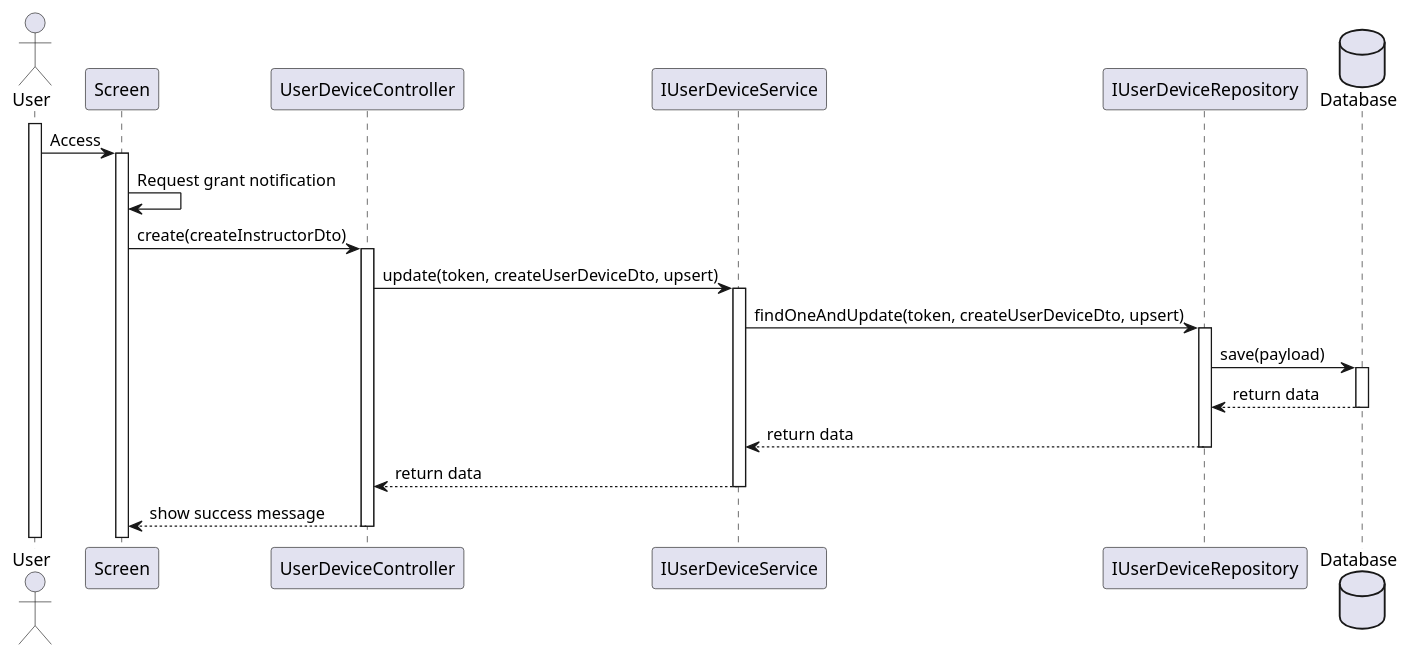
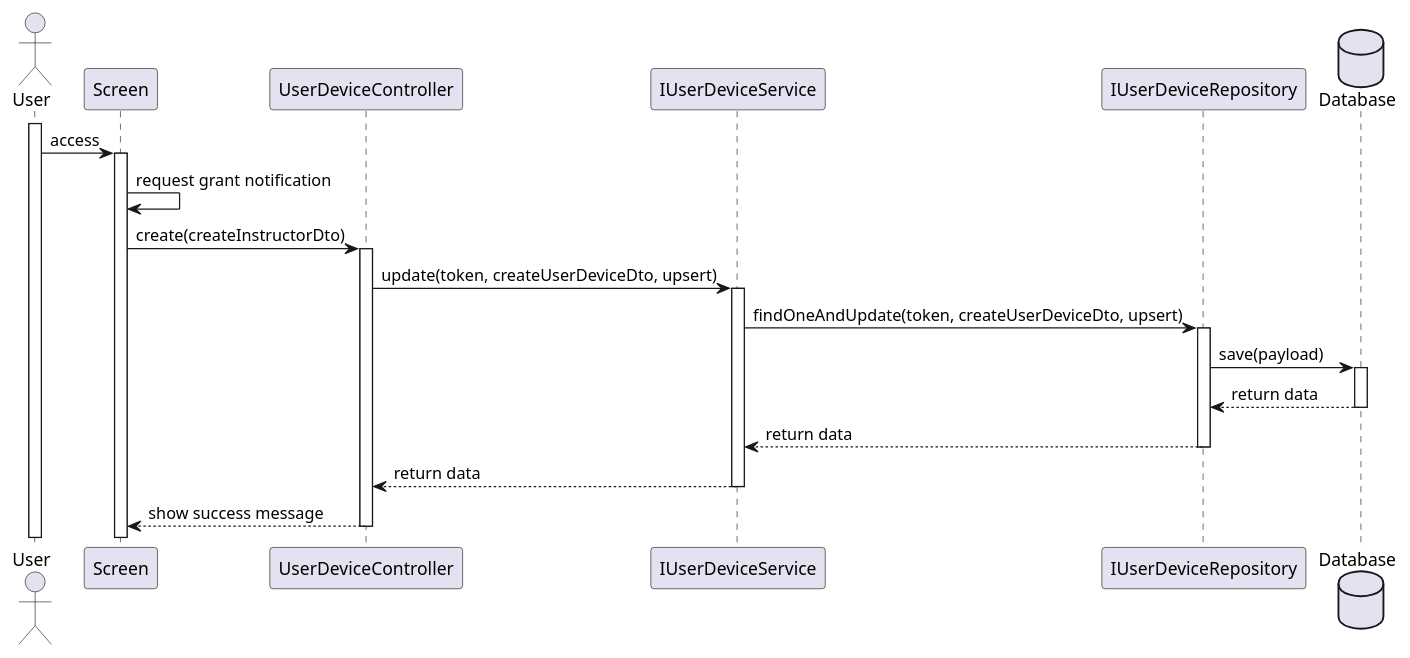
Before and after one commit to Deco-Team/orchidify-api: the diagram in .plantuml/sequence-diagram/user-add-user-device.plantuml, drawn with PlantUML. The commit also changed 17 other files, not shown here.

Commit message:
diagram: sequence update

```diff
--- a/.plantuml/sequence-diagram/user-add-user-device.plantuml
+++ b/.plantuml/sequence-diagram/user-add-user-device.plantuml
@@ -1,36 +1,36 @@
 @startuml
 actor User
 activate User
 
 participant Screen
-User -> Screen: Access
+User -> Screen: access
 activate Screen
-Screen -> Screen: Request grant notification
+Screen -> Screen: request grant notification
 
 participant UserDeviceController
 Screen -> UserDeviceController: create(createInstructorDto)
 activate UserDeviceController
 
 participant IUserDeviceService
 UserDeviceController -> IUserDeviceService: update(token, createUserDeviceDto, upsert)
 activate IUserDeviceService
 
 participant IUserDeviceRepository
 IUserDeviceService -> IUserDeviceRepository: findOneAndUpdate(token, createUserDeviceDto, upsert)
 activate IUserDeviceRepository
 
 database Database
 IUserDeviceRepository -> Database: save(payload)
 activate Database
 Database --> IUserDeviceRepository: return data
 deactivate Database
 
 IUserDeviceRepository --> IUserDeviceService: return data
 deactivate IUserDeviceRepository
 
 IUserDeviceService --> UserDeviceController: return data
 deactivate IUserDeviceService
 
 UserDeviceController --> Screen: show success message
 deactivate UserDeviceController
 @enduml
```
